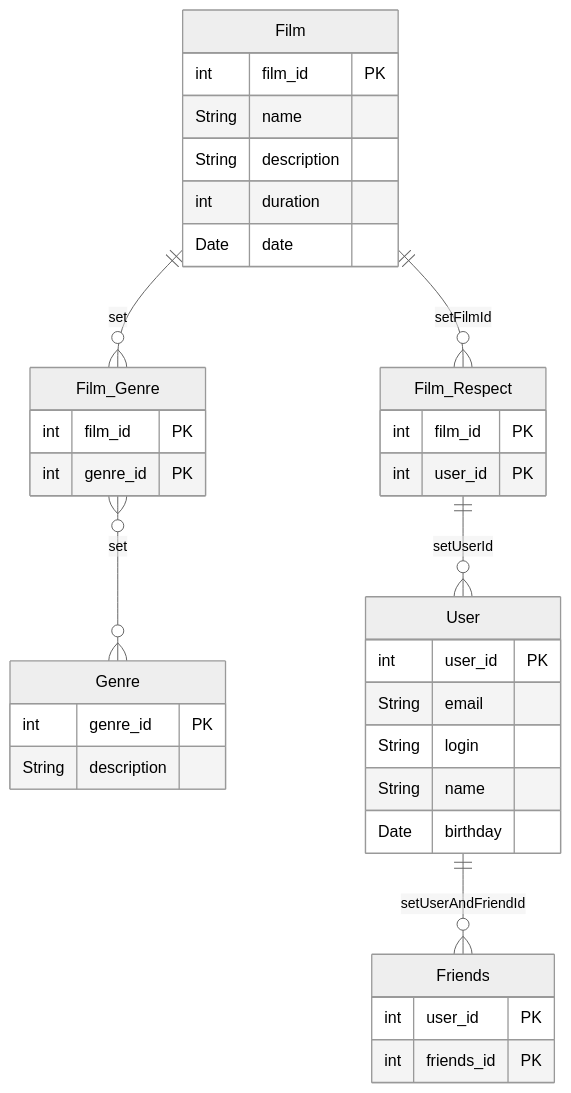
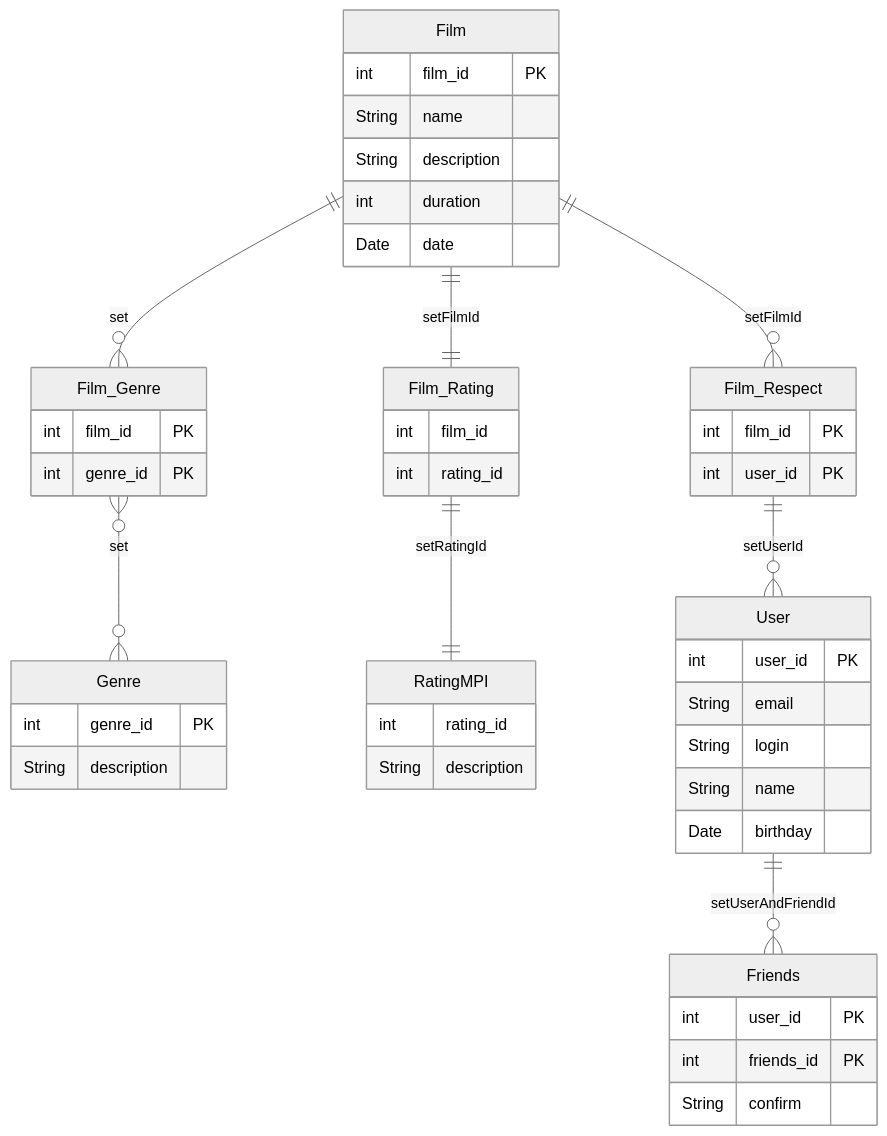
The diagram in README.md (RedStarMisha/java-filmorate), drawn with Mermaid (neutral theme) before and after one commit.

Commit message:
fix:сменил порт на 8080

````diff
--- a/README.md
+++ b/README.md
@@ -4,38 +4,64 @@
 ```mermaid
 erDiagram
 Film_Genre {
     int film_id PK
     int genre_id PK
     }
-    Film_Genre }o--o{ Genre : set
+    
+Film_Genre }o--o{ Genre : set
+    
 Genre {
     int genre_id PK
     String description
     }
-    Film ||--o{ Film_Genre : set
+    
+Film ||--o{ Film_Genre : set
+    
 Film {
     int film_id PK
     String name
     String description
     int duration
     Date date
     }
-    Film ||--o{ Film_Respect:setFilmId
+    
+Film ||--|| Film_Rating : setFilmId
+    
+Film_Rating {
+    int film_id
+    int rating_id
+    }
+    
+    Film_Rating ||--|| RatingMPI : setRatingId
+    
+    
+RatingMPI {
+    int rating_id
+    String description
+    }
+    
+Film ||--o{ Film_Respect:setFilmId
+    
 Film_Respect {
     int film_id PK
     int user_id PK
     }
-    Film_Respect ||--o{ User : setUserId
-    User {
+    
+Film_Respect ||--o{ User : setUserId
+    
+User {
     int user_id PK
     String email
     String login
     String name
     Date birthday
     }
-    User ||--o{ Friends : setUserAndFriendId
-    Friends {
+    
+User ||--o{ Friends : setUserAndFriendId
+    
+Friends {
     int user_id PK
     int friends_id PK
+    String confirm
     }
 ```
````
